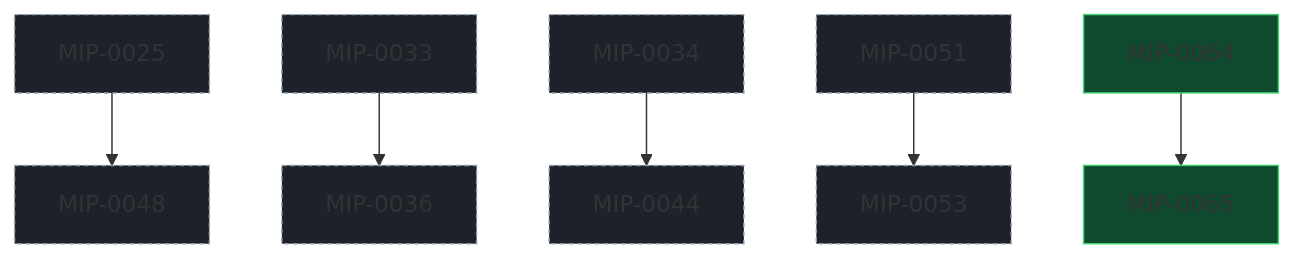
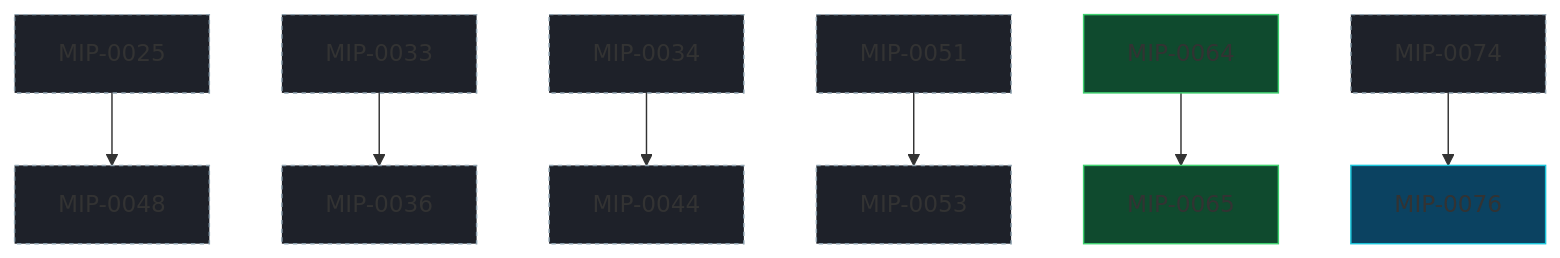
The diagram in docs/MIPs/README.md (marola-dev/marola), drawn with Mermaid before and after one commit. The commit also changed other lines of this file and 2 other files, not shown here.

Commit message:
MIP-0076: agent routing tooling (#635)

````diff
--- a/docs/MIPs/README.md
+++ b/docs/MIPs/README.md
@@ -92,22 +93,25 @@
 ```mermaid
 flowchart TD
   classDef draft fill:#1e2129,stroke:#8fa3b0,stroke-dasharray:3 3;
   classDef accepted fill:#0b4261,stroke:#1ac5da;
   classDef implemented fill:#0f4a2e,stroke:#3ecf6e;
   classDef rejected fill:#2a2d35,stroke:#666,color:#999;
   M0025["MIP-0025"]:::draft
   M0033["MIP-0033"]:::draft
   M0034["MIP-0034"]:::draft
   M0036["MIP-0036"]:::draft
   M0044["MIP-0044"]:::draft
   M0048["MIP-0048"]:::draft
   M0051["MIP-0051"]:::draft
   M0053["MIP-0053"]:::draft
   M0064["MIP-0064"]:::implemented
   M0065["MIP-0065"]:::implemented
+  M0074["MIP-0074"]:::draft
+  M0076["MIP-0076"]:::accepted
   M0025 --> M0048
   M0033 --> M0036
   M0034 --> M0044
   M0051 --> M0053
   M0064 --> M0065
+  M0074 --> M0076
 ```
````
